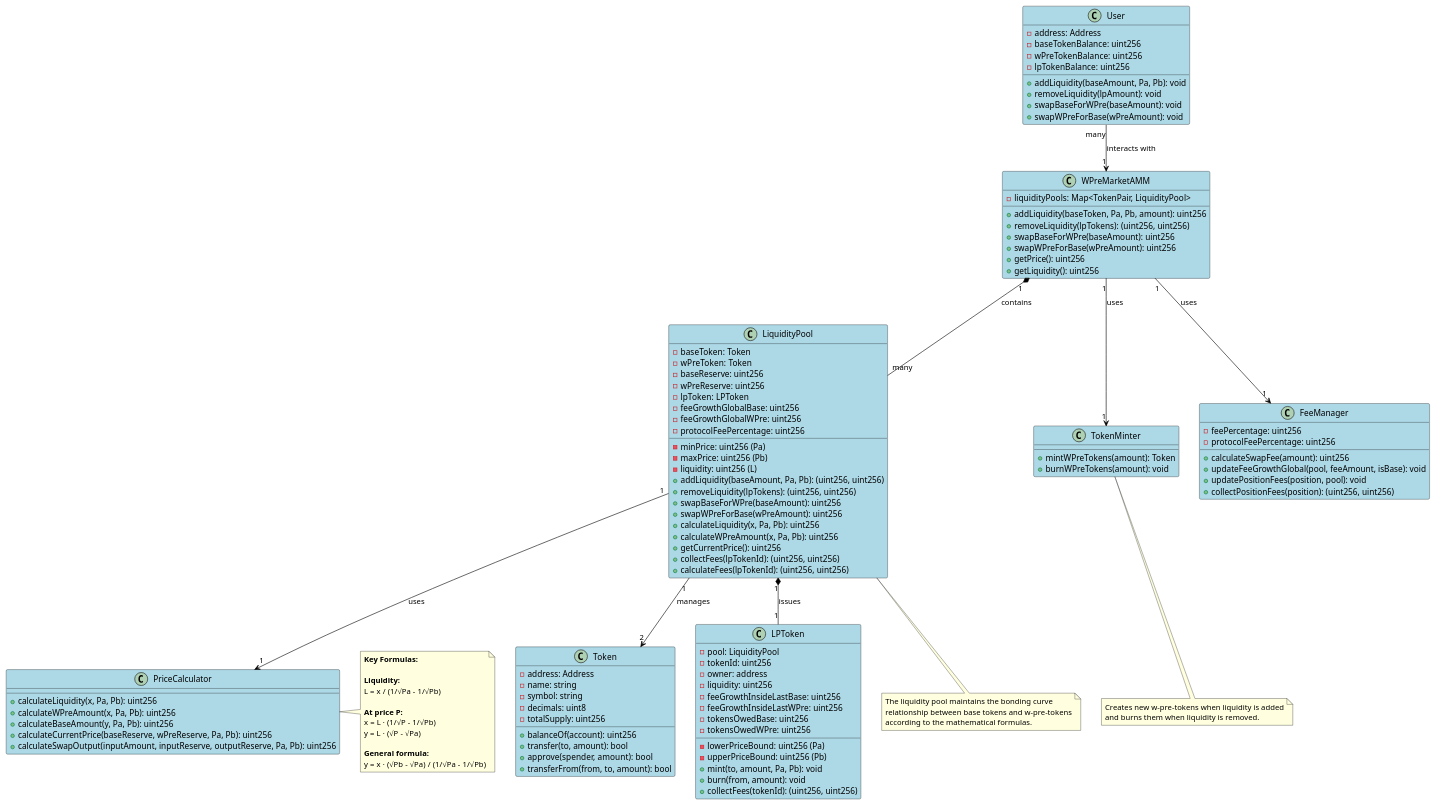
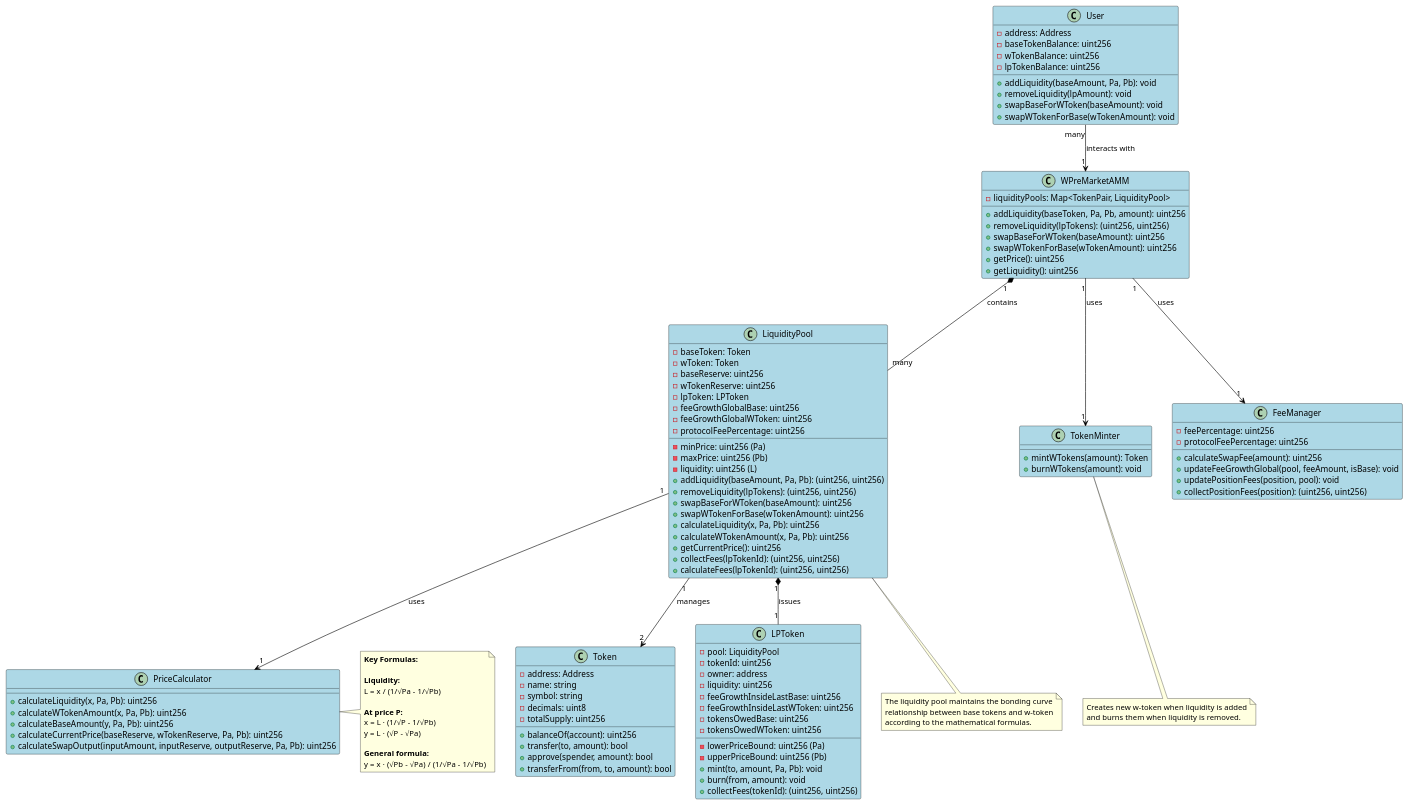
One commit to nierdna/hermit-diagrams changed the diagram in whales/w_pre_market_amm_class.wsd. Above: the diagram before and after it, drawn with PlantUML. The commit also changed 3 other files, not shown here.

First line of the commit message:
Rename w-pre-tokens to w-token throughout documentation

```diff
--- a/whales/w_pre_market_amm_class.wsd
+++ b/whales/w_pre_market_amm_class.wsd
@@ -1,150 +1,150 @@
 @startuml W-Pre-market AMM Class Diagram
 
 ' Style
 skinparam class {
     BackgroundColor LightBlue
     BorderColor Black
     ArrowColor Black
 }
 
 skinparam note {
     BackgroundColor LightYellow
     BorderColor Black
 }
 
 ' Classes
 class WPreMarketAMM {
     - liquidityPools: Map<TokenPair, LiquidityPool>
     + addLiquidity(baseToken, Pa, Pb, amount): uint256
     + removeLiquidity(lpTokens): (uint256, uint256)
-    + swapBaseForWPre(baseAmount): uint256
-    + swapWPreForBase(wPreAmount): uint256
+    + swapBaseForWToken(baseAmount): uint256
+    + swapWTokenForBase(wTokenAmount): uint256
     + getPrice(): uint256
     + getLiquidity(): uint256
 }
 
 class LiquidityPool {
     - baseToken: Token
-    - wPreToken: Token
+    - wToken: Token
     - baseReserve: uint256
-    - wPreReserve: uint256
+    - wTokenReserve: uint256
     - minPrice: uint256 (Pa)
     - maxPrice: uint256 (Pb)
     - liquidity: uint256 (L)
     - lpToken: LPToken
     - feeGrowthGlobalBase: uint256
-    - feeGrowthGlobalWPre: uint256
+    - feeGrowthGlobalWToken: uint256
     - protocolFeePercentage: uint256
     
     + addLiquidity(baseAmount, Pa, Pb): (uint256, uint256)
     + removeLiquidity(lpTokens): (uint256, uint256)
-    + swapBaseForWPre(baseAmount): uint256
-    + swapWPreForBase(wPreAmount): uint256
+    + swapBaseForWToken(baseAmount): uint256
+    + swapWTokenForBase(wTokenAmount): uint256
     + calculateLiquidity(x, Pa, Pb): uint256
-    + calculateWPreAmount(x, Pa, Pb): uint256
+    + calculateWTokenAmount(x, Pa, Pb): uint256
     + getCurrentPrice(): uint256
     + collectFees(lpTokenId): (uint256, uint256)
     + calculateFees(lpTokenId): (uint256, uint256)
 }
 
 class PriceCalculator {
     + calculateLiquidity(x, Pa, Pb): uint256
-    + calculateWPreAmount(x, Pa, Pb): uint256
+    + calculateWTokenAmount(x, Pa, Pb): uint256
     + calculateBaseAmount(y, Pa, Pb): uint256
-    + calculateCurrentPrice(baseReserve, wPreReserve, Pa, Pb): uint256
+    + calculateCurrentPrice(baseReserve, wTokenReserve, Pa, Pb): uint256
     + calculateSwapOutput(inputAmount, inputReserve, outputReserve, Pa, Pb): uint256
 }
 
 class TokenMinter {
-    + mintWPreTokens(amount): Token
-    + burnWPreTokens(amount): void
+    + mintWTokens(amount): Token
+    + burnWTokens(amount): void
 }
 
 class Token {
     - address: Address
     - name: string
     - symbol: string
     - decimals: uint8
     - totalSupply: uint256
     
     + balanceOf(account): uint256
     + transfer(to, amount): bool
     + approve(spender, amount): bool
     + transferFrom(from, to, amount): bool
 }
 
 class LPToken {
     - pool: LiquidityPool
     - tokenId: uint256
     - owner: address
     - liquidity: uint256
     - lowerPriceBound: uint256 (Pa)
     - upperPriceBound: uint256 (Pb)
     - feeGrowthInsideLastBase: uint256
-    - feeGrowthInsideLastWPre: uint256
+    - feeGrowthInsideLastWToken: uint256
     - tokensOwedBase: uint256
-    - tokensOwedWPre: uint256
+    - tokensOwedWToken: uint256
     
     + mint(to, amount, Pa, Pb): void
     + burn(from, amount): void
     + collectFees(tokenId): (uint256, uint256)
 }
 
 class User {
     - address: Address
     - baseTokenBalance: uint256
-    - wPreTokenBalance: uint256
+    - wTokenBalance: uint256
     - lpTokenBalance: uint256
     
     + addLiquidity(baseAmount, Pa, Pb): void
     + removeLiquidity(lpAmount): void
-    + swapBaseForWPre(baseAmount): void
-    + swapWPreForBase(wPreAmount): void
+    + swapBaseForWToken(baseAmount): void
+    + swapWTokenForBase(wTokenAmount): void
 }
 
 class FeeManager {
     - feePercentage: uint256
     - protocolFeePercentage: uint256
     
     + calculateSwapFee(amount): uint256
     + updateFeeGrowthGlobal(pool, feeAmount, isBase): void
     + updatePositionFees(position, pool): void
     + collectPositionFees(position): (uint256, uint256)
 }
 
 ' Relationships
 WPreMarketAMM "1" *-- "many" LiquidityPool : contains
 LiquidityPool "1" *-- "1" LPToken : issues
 LiquidityPool "1" --> "1" PriceCalculator : uses
 WPreMarketAMM "1" --> "1" TokenMinter : uses
 WPreMarketAMM "1" --> "1" FeeManager : uses
 User "many" --> "1" WPreMarketAMM : interacts with
 LiquidityPool "1" --> "2" Token : manages
 
 ' Notes with formulas
 note right of PriceCalculator
   <b>Key Formulas:</b>
   
   <b>Liquidity:</b>
   L = x / (1/√Pa - 1/√Pb)
   
   <b>At price P:</b>
   x = L · (1/√P - 1/√Pb)
   y = L · (√P - √Pa)
   
   <b>General formula:</b>
   y = x · (√Pb - √Pa) / (1/√Pa - 1/√Pb)
 end note
 
 note bottom of LiquidityPool
   The liquidity pool maintains the bonding curve
-  relationship between base tokens and w-pre-tokens
+  relationship between base tokens and w-token
   according to the mathematical formulas.
 end note
 
 note bottom of TokenMinter
-  Creates new w-pre-tokens when liquidity is added
+  Creates new w-token when liquidity is added
   and burns them when liquidity is removed.
 end note
 
 @enduml 
```
